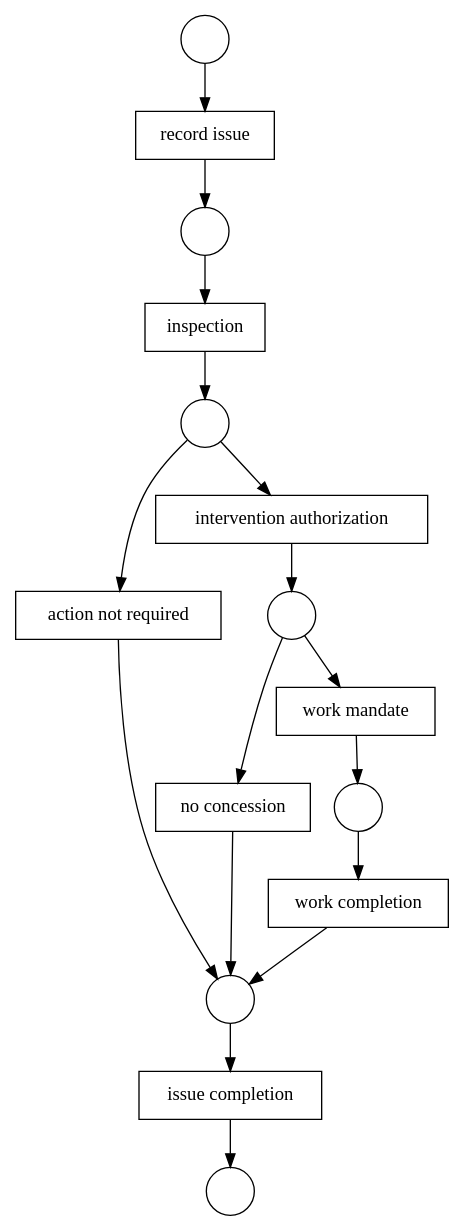
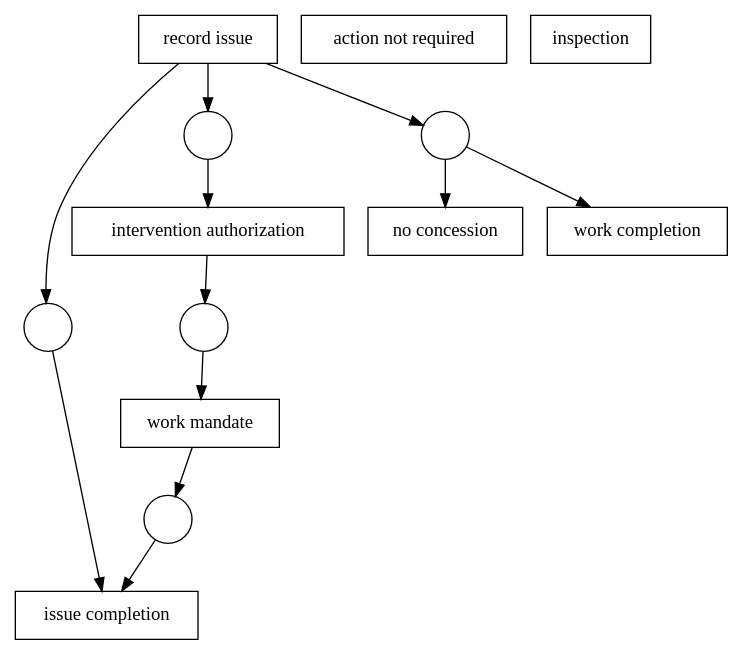
The diagram in result.dot (wcbup/Heuristic-Miner), drawn with Graphviz before and after one commit. The commit also changed 7 other files, not shown here.

```diff
--- a/result.dot
+++ b/result.dot
@@ -1,33 +1,26 @@
 digraph SourceGra {
-x1 [shape = box label="inspection"];
-x2 [shape = box label="no concession"];
-x3 [shape = box label="record issue"];
+x1 [shape = box label="no concession"];
+x2 [shape = box label="issue completion"];
+x3 [shape = box label="work completion"];
 x4 [shape = box label="action not required"];
-x5 [shape = box label="work completion"];
+x5 [shape = box label="inspection"];
 x6 [shape = box label="work mandate"];
-x7 [shape = box label="issue completion"];
-x8 [shape = box label="intervention authorization"];
+x7 [shape = box label="intervention authorization"];
+x8 [shape = box label="record issue"];
 x9 [shape = circle label=" "];
 x10 [shape = circle label=" "];
 x11 [shape = circle label=" "];
 x12 [shape = circle label=" "];
 x13 [shape = circle label=" "];
-x14 [shape = circle label=" "];
-x15 [shape = circle label=" "];
-x1 -> x11;
-x2 -> x13;
-x3 -> x9;
-x4 -> x13;
-x5 -> x13;
-x6 -> x10;
-x7 -> x14;
-x8 -> x12;
-x9 -> x1;
-x10 -> x5;
-x11 -> x8;
-x11 -> x4;
+x6 -> x12;
+x7 -> x11;
+x8 -> x9;
+x8 -> x10;
+x8 -> x13;
+x9 -> x2;
+x10 -> x7;
+x11 -> x6;
 x12 -> x2;
-x12 -> x6;
-x13 -> x7;
-x15 -> x3;
+x13 -> x1;
+x13 -> x3;
 }
```
